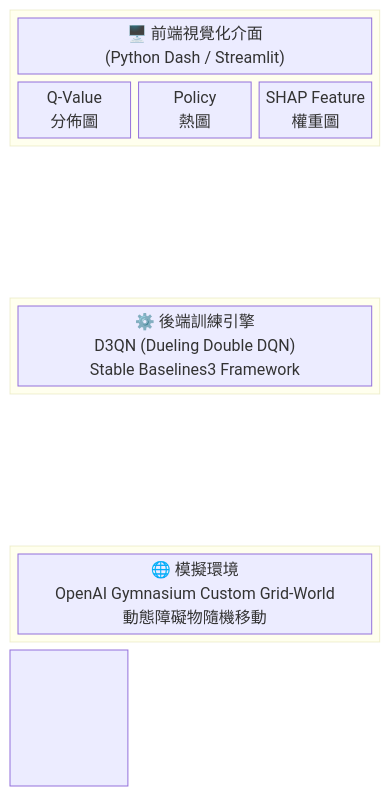
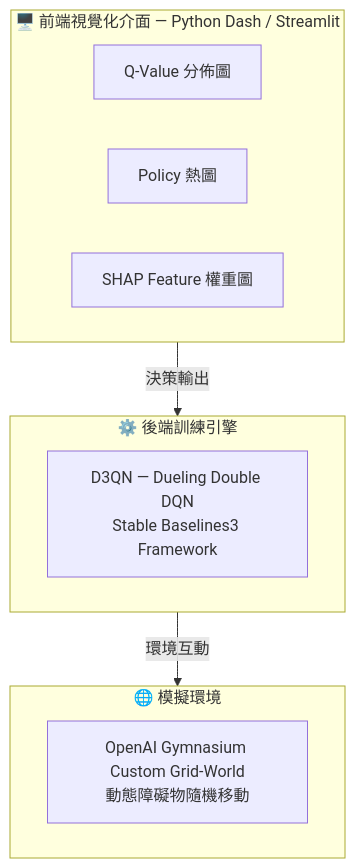
One commit to kaiiicoding94/DRL_FinalProject changed the diagram in README.md. Above: the diagram before and after it, drawn with Mermaid.

Commit message:
fix: use flowchart TD for architecture diagram to fix empty box and spacing issues

````diff
--- a/README.md
+++ b/README.md
@@ -55,28 +55,19 @@
 ```mermaid
-block-beta
-  columns 3
+flowchart TD
+    subgraph Frontend["🖥️ 前端視覺化介面 — Python Dash / Streamlit"]
+        B["Q-Value 分佈圖"]
+        C["Policy 熱圖"]
+        D["SHAP Feature 權重圖"]
+    end
 
-  block:frontend:3
-    columns 3
-    A["🖥️ 前端視覺化介面\n(Python Dash / Streamlit)"]:3
-    B["Q-Value\n分佈圖"]
-    C["Policy\n熱圖"]
-    D["SHAP Feature\n權重圖"]
-  end
+    subgraph Backend["⚙️ 後端訓練引擎"]
+        E["D3QN — Dueling Double DQN\nStable Baselines3 Framework"]
+    end
 
-  space:3
+    subgraph Env["🌐 模擬環境"]
+        F["OpenAI Gymnasium Custom Grid-World\n動態障礙物隨機移動"]
+    end
 
-  block:backend:3
-    columns 1
-    E["⚙️ 後端訓練引擎\nD3QN (Dueling Double DQN)\nStable Baselines3 Framework"]
-  end
-
-  space:3
-
-  block:env:3
-    columns 1
-    F["🌐 模擬環境\nOpenAI Gymnasium Custom Grid-World\n動態障礙物隨機移動"]
-  end
-
-  frontend --> backend --> env
+    Frontend -->|決策輸出| Backend
+    Backend -->|環境互動| Env
 ```
````
